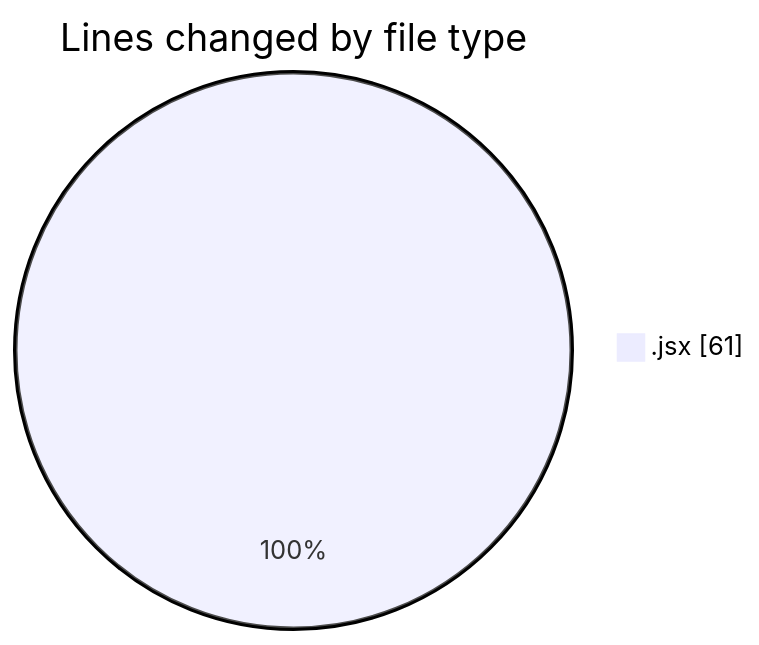
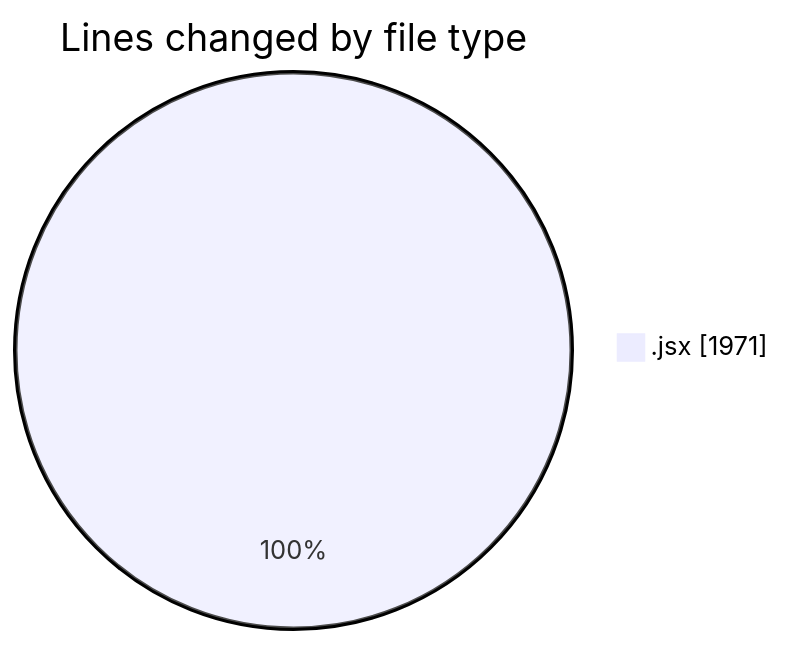
One commit to nxtqubesakshisongat/code-tracking changed the first of 2 diagrams in 2025-06-26/nxtqube_webapp/README.md. Above: the diagram before and after it, drawn with Mermaid. The commit also changed other lines of this file and 1 other file, not shown here.

````diff
--- a/2025-06-26/nxtqube_webapp/README.md
+++ b/2025-06-26/nxtqube_webapp/README.md
@@ -20,5 +21,5 @@
 ```mermaid
 pie showData
 title Lines changed by file type
-".jsx" : 61
+".jsx" : 1971
 ```
````
